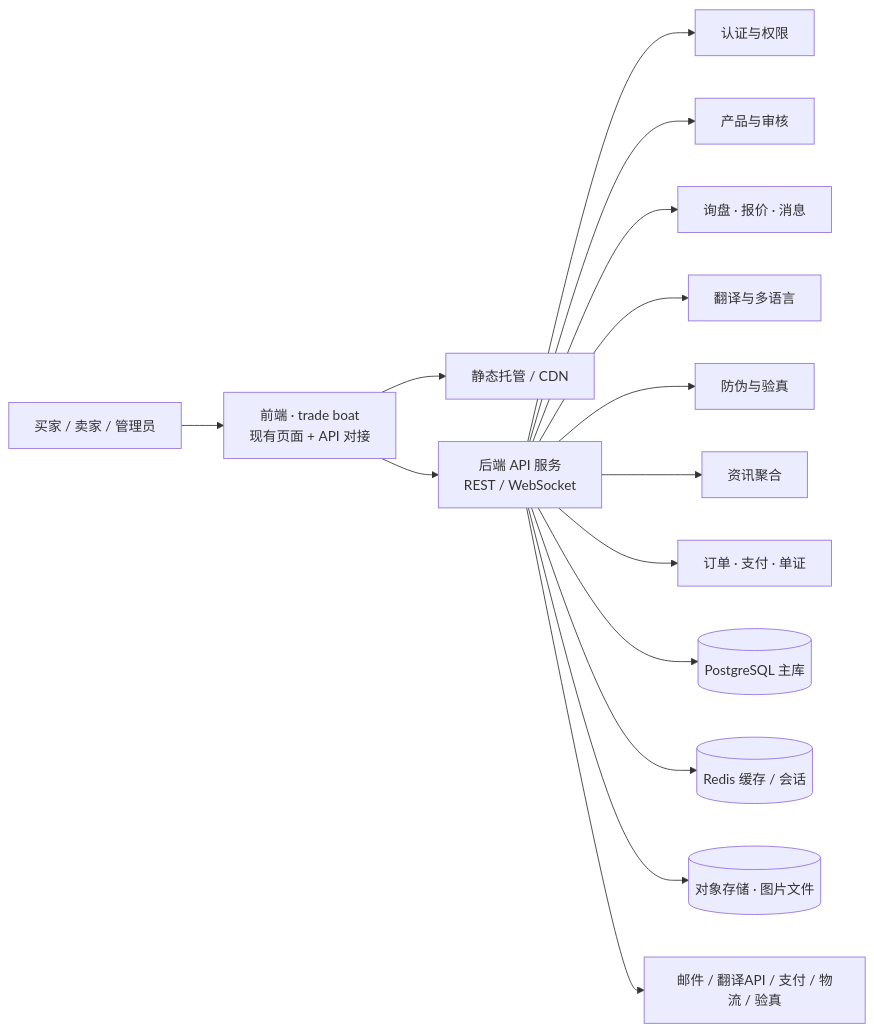
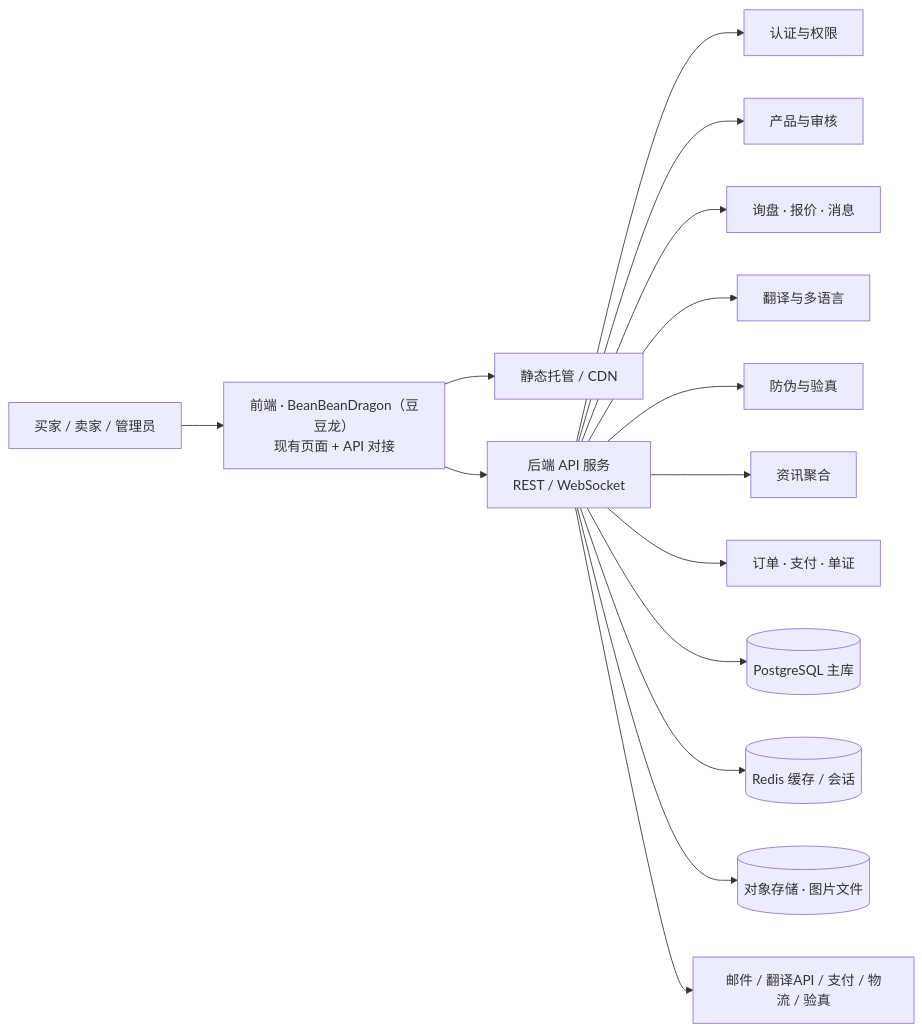
The diagram in docs/backend-design.md (berber-233/BeanBeanMouse), drawn with Mermaid before and after one commit. The commit also changed other lines of this file and 40 other files, not shown here.

Commit message:
Add stick-figure delivery mascot; design guide; robust paths; help widget; docs & tests

````diff
--- a/docs/backend-design.md
+++ b/docs/backend-design.md
@@ -9,17 +9,17 @@
 ```mermaid
 flowchart LR
-  U[买家 / 卖家 / 管理员] --> F[前端 · trade boat<br/>现有页面 + API 对接]
+  U[买家 / 卖家 / 管理员] --> F[前端 · BeanBeanDragon（豆豆龙）<br/>现有页面 + API 对接]
   F --> CDN[静态托管 / CDN]
   F --> API[后端 API 服务<br/>REST / WebSocket]
   API --> A[认证与权限]
   API --> P[产品与审核]
   API --> T[询盘 · 报价 · 消息]
   API --> L[翻译与多语言]
   API --> K[防伪与验真]
   API --> N[资讯聚合]
   API --> O[订单 · 支付 · 单证]
   API --> C[(PostgreSQL 主库)]
   API --> R[(Redis 缓存 / 会话)]
   API --> S[(对象存储 · 图片文件)]
   API --> E[邮件 / 翻译API / 支付 / 物流 / 验真]
 ```
````
